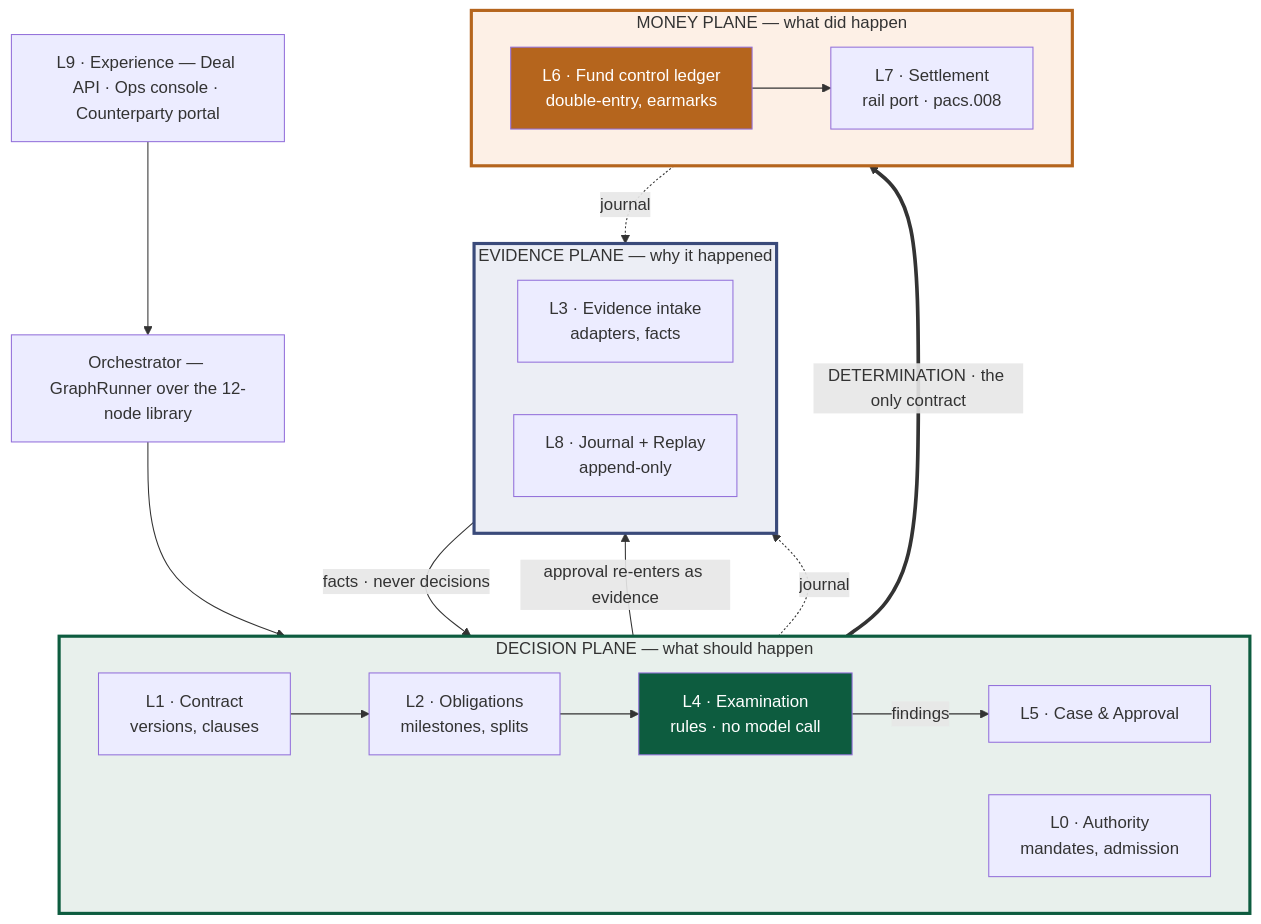
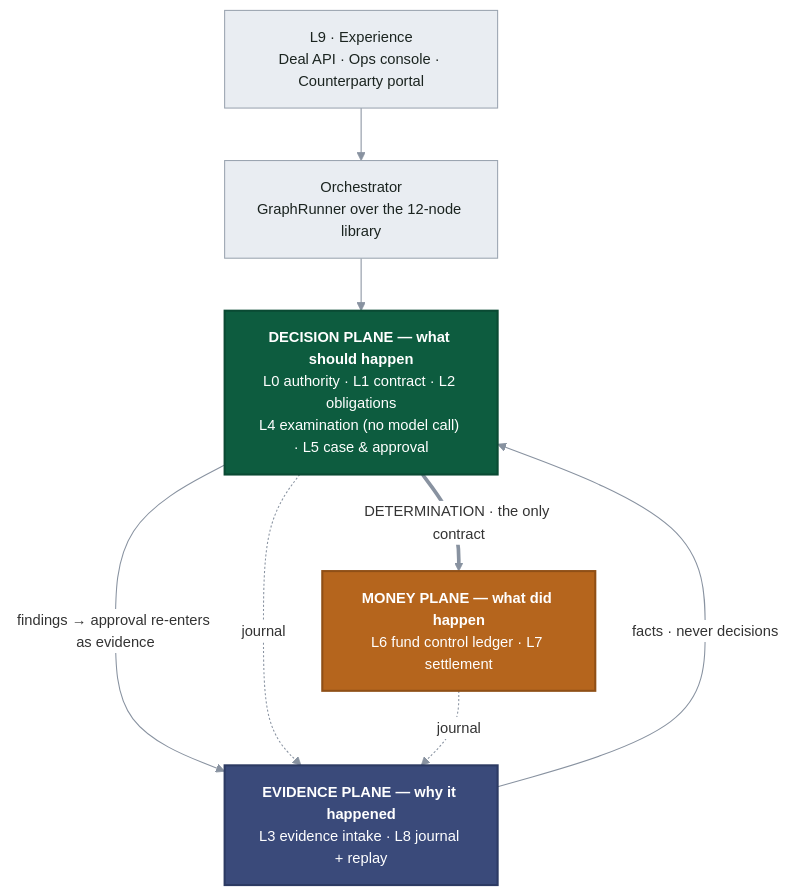
One commit to pratikhunny/verdict changed the second of 12 diagrams in docs/02-hld.md. Above: the diagram before and after it, drawn with Mermaid. The commit also changed other lines of this file, not shown here.

````diff
--- a/docs/02-hld.md
+++ b/docs/02-hld.md
@@ -96,41 +98,25 @@
 ```mermaid
+%%{init: {'theme':'base','themeVariables':{'fontSize':'14px','lineColor':'#8892a0','edgeLabelBackground':'#ffffff','tertiaryTextColor':'#1b2420'}}}%%
 flowchart TB
-    exp["L9 · Experience — Deal API · Ops console · Counterparty portal"]
-    orch["Orchestrator — GraphRunner over the 12-node library"]
-
-    subgraph dec["DECISION PLANE — what should happen"]
-        direction LR
-        l1["L1 · Contract<br/>versions, clauses"]
-        l2["L2 · Obligations<br/>milestones, splits"]
-        l4["L4 · Examination<br/>rules · no model call"]
-        l0["L0 · Authority<br/>mandates, admission"]
-        l5["L5 · Case &amp; Approval"]
-        l1 --> l2 --> l4
-    end
-
-    subgraph ev["EVIDENCE PLANE — why it happened"]
-        direction LR
-        l3["L3 · Evidence intake<br/>adapters, facts"]
-        l8["L8 · Journal + Replay<br/>append-only"]
-    end
-
-    subgraph mon["MONEY PLANE — what did happen"]
-        direction LR
-        l6["L6 · Fund control ledger<br/>double-entry, earmarks"]
-        l7["L7 · Settlement<br/>rail port · pacs.008"]
-        l6 --> l7
-    end
+    exp["L9 · Experience<br/>Deal API · Ops console · Counterparty portal"]
+    orch["Orchestrator<br/>GraphRunner over the 12-node library"]
+    dec["<b>DECISION PLANE — what should happen</b><br/>L0 authority · L1 contract · L2 obligations<br/>L4 examination (no model call) · L5 case &amp; approval"]
+    ev["<b>EVIDENCE PLANE — why it happened</b><br/>L3 evidence intake · L8 journal + replay"]
+    mon["<b>MONEY PLANE — what did happen</b><br/>L6 fund control ledger · L7 settlement"]
 
     exp --> orch --> dec
-    l3 -->|"facts · never decisions"| l4
-    l4 ==>|"DETERMINATION · the only contract"| l6
-    l4 -->|"findings"| l5 -->|"approval re-enters as evidence"| l3
-    l4 -.->|"journal"| l8
-    l6 -.->|"journal"| l8
+    ev -->|"facts · never decisions"| dec
+    dec ==>|"DETERMINATION · the only contract"| mon
+    dec -->|"findings → approval re-enters as evidence"| ev
+    dec -.->|"journal"| ev
+    mon -.->|"journal"| ev
 
-    style dec fill:#e8f0ec,stroke:#0d5c3f,stroke-width:3px
-    style ev fill:#eceef5,stroke:#3a4a7a,stroke-width:3px
-    style mon fill:#fdf0e6,stroke:#b5651d,stroke-width:3px
-    style l4 fill:#0d5c3f,color:#fff
-    style l6 fill:#b5651d,color:#fff
+    classDef plain fill:#e9edf2,color:#1b2420,stroke:#9aa4b0,stroke-width:1px;
+    classDef decision fill:#0d5c3f,color:#ffffff,stroke:#0a4a33,stroke-width:2px;
+    classDef money fill:#b5651d,color:#ffffff,stroke:#8f4f16,stroke-width:2px;
+    classDef evidence fill:#3a4a7a,color:#ffffff,stroke:#2c3a63,stroke-width:2px;
+    class exp,orch plain;
+    class dec decision;
+    class mon money;
+    class ev evidence;
 ```
````
